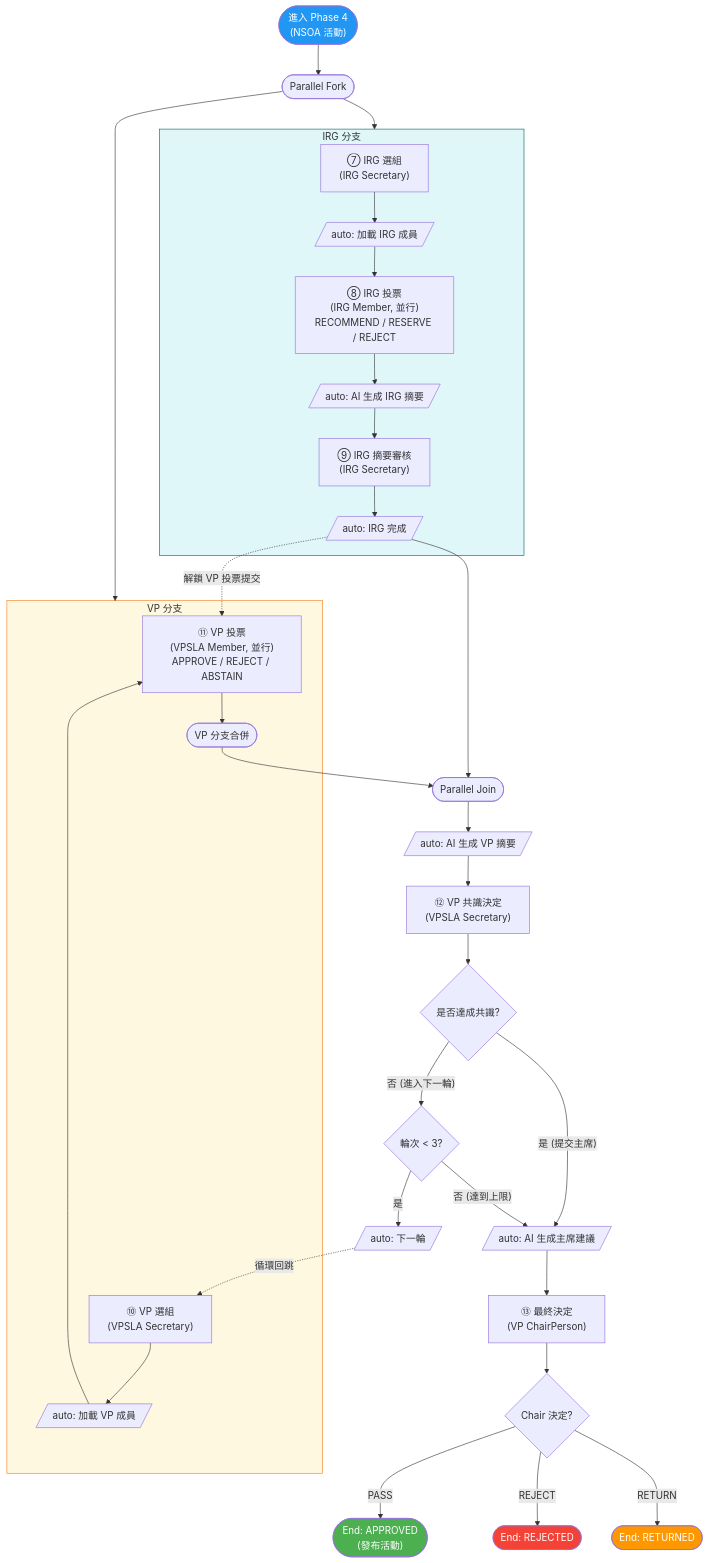
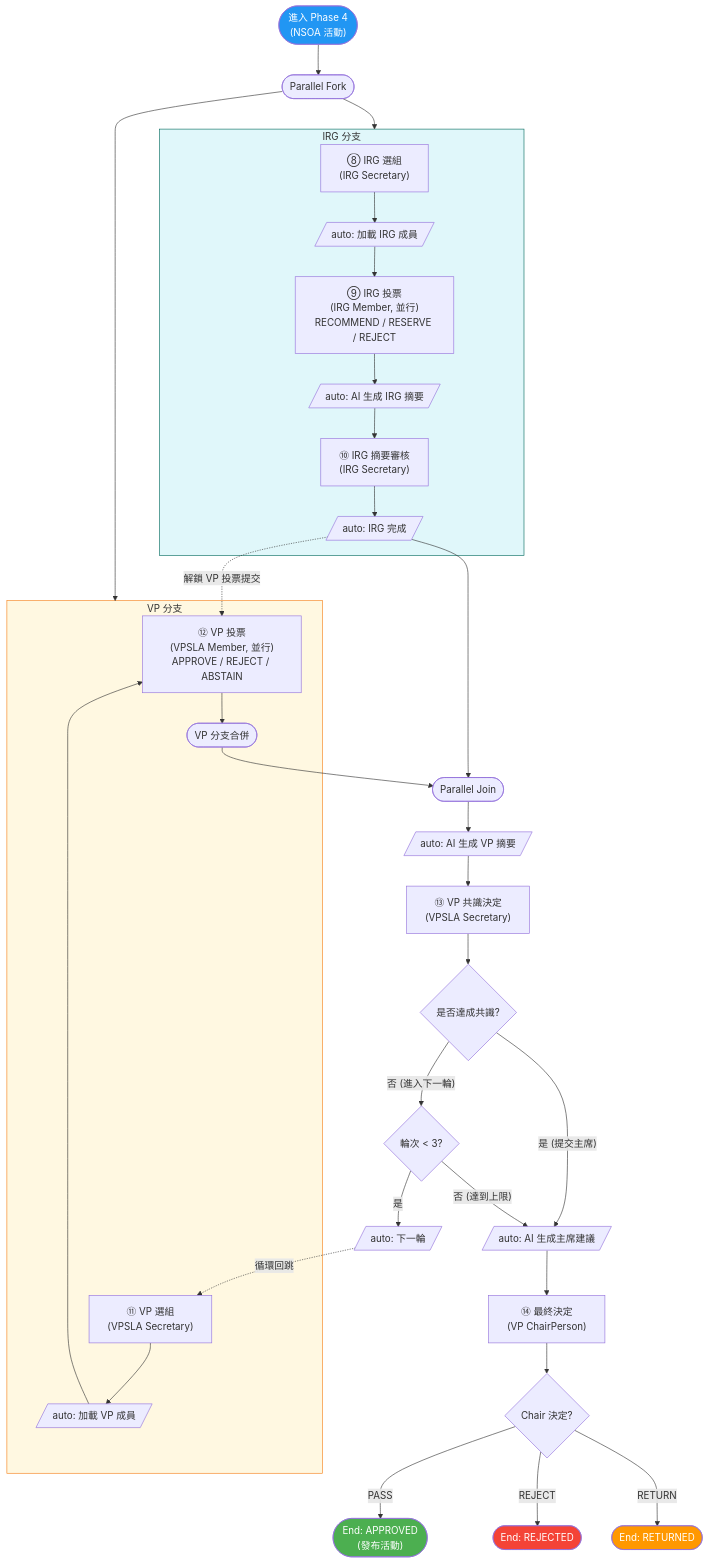
Before and after one commit to OneStar-Projects/SLAS-Docs: the third of 3 diagrams in activity-publish-workflow-design.md, drawn with Mermaid. The commit also changed other lines of this file and 1 other file, not shown here.

````diff
--- a/activity-publish-workflow-design.md
+++ b/activity-publish-workflow-design.md
@@ -303,51 +323,51 @@
 ```mermaid
 flowchart TD
     Entry(["進入 Phase 4<br/>(NSOA 活動)"])
     Entry --> ParallelFork(["Parallel Fork"])
 
     ParallelFork --> IRGBranch
     ParallelFork --> VPBranch
 
     subgraph IRGBranch["IRG 分支"]
-        IRGSelect["⑦ IRG 選組<br/>(IRG Secretary)"]
+        IRGSelect["⑧ IRG 選組<br/>(IRG Secretary)"]
         IRGSelect --> LoadIRG[/"auto: 加載 IRG 成員"/]
-        LoadIRG --> IRGVote["⑧ IRG 投票<br/>(IRG Member, 並行)<br/>RECOMMEND / RESERVE / REJECT"]
+        LoadIRG --> IRGVote["⑨ IRG 投票<br/>(IRG Member, 並行)<br/>RECOMMEND / RESERVE / REJECT"]
         IRGVote --> IRGSummary[/"auto: AI 生成 IRG 摘要"/]
-        IRGSummary --> IRGReview["⑨ IRG 摘要審核<br/>(IRG Secretary)"]
+        IRGSummary --> IRGReview["⑩ IRG 摘要審核<br/>(IRG Secretary)"]
         IRGReview --> IRGDone[/"auto: IRG 完成"/]
     end
 
     subgraph VPBranch["VP 分支"]
-        VPSelect["⑩ VP 選組<br/>(VPSLA Secretary)"]
+        VPSelect["⑪ VP 選組<br/>(VPSLA Secretary)"]
         VPSelect --> LoadVP[/"auto: 加載 VP 成員"/]
-        LoadVP --> VPVote["⑪ VP 投票<br/>(VPSLA Member, 並行)<br/>APPROVE / REJECT / ABSTAIN"]
+        LoadVP --> VPVote["⑫ VP 投票<br/>(VPSLA Member, 並行)<br/>APPROVE / REJECT / ABSTAIN"]
         VPVote --> VPMerge(["VP 分支合併"])
     end
 
     IRGDone -.->|"解鎖 VP 投票提交"| VPVote
     IRGDone --> Join(["Parallel Join"])
     VPMerge --> Join
 
     Join --> VPSummary[/"auto: AI 生成 VP 摘要"/]
-    VPSummary --> VPDecide["⑫ VP 共識決定<br/>(VPSLA Secretary)"]
+    VPSummary --> VPDecide["⑬ VP 共識決定<br/>(VPSLA Secretary)"]
     VPDecide --> Gate{是否達成共識?}
     Gate -->|"是 (提交主席)"| ChairAI
     Gate -->|"否 (進入下一輪)"| RoundCheck{輪次 < 3?}
     RoundCheck -->|"是"| Increment[/"auto: 下一輪"/]
     Increment -.->|"循環回跳"| VPSelect
     RoundCheck -->|"否 (達到上限)"| ChairAI
 
     ChairAI[/"auto: AI 生成主席建議"/]
-    ChairAI --> Chair["⑬ 最終決定<br/>(VP ChairPerson)"]
+    ChairAI --> Chair["⑭ 最終決定<br/>(VP ChairPerson)"]
     Chair --> FinalGate{Chair 決定?}
     FinalGate -->|"PASS"| EndApproved(["End: APPROVED<br/>(發布活動)"])
     FinalGate -->|"REJECT"| EndRejected(["End: REJECTED"])
     FinalGate -->|"RETURN"| EndReturned(["End: RETURNED"])
 
     style Entry fill:#2196F3,color:#fff
     style EndApproved fill:#4CAF50,color:#fff
     style EndRejected fill:#f44336,color:#fff
     style EndReturned fill:#FF9800,color:#fff
     style IRGBranch fill:#E0F7FA,stroke:#00695C
     style VPBranch fill:#FFF8E1,stroke:#F57F17
 ```
````
